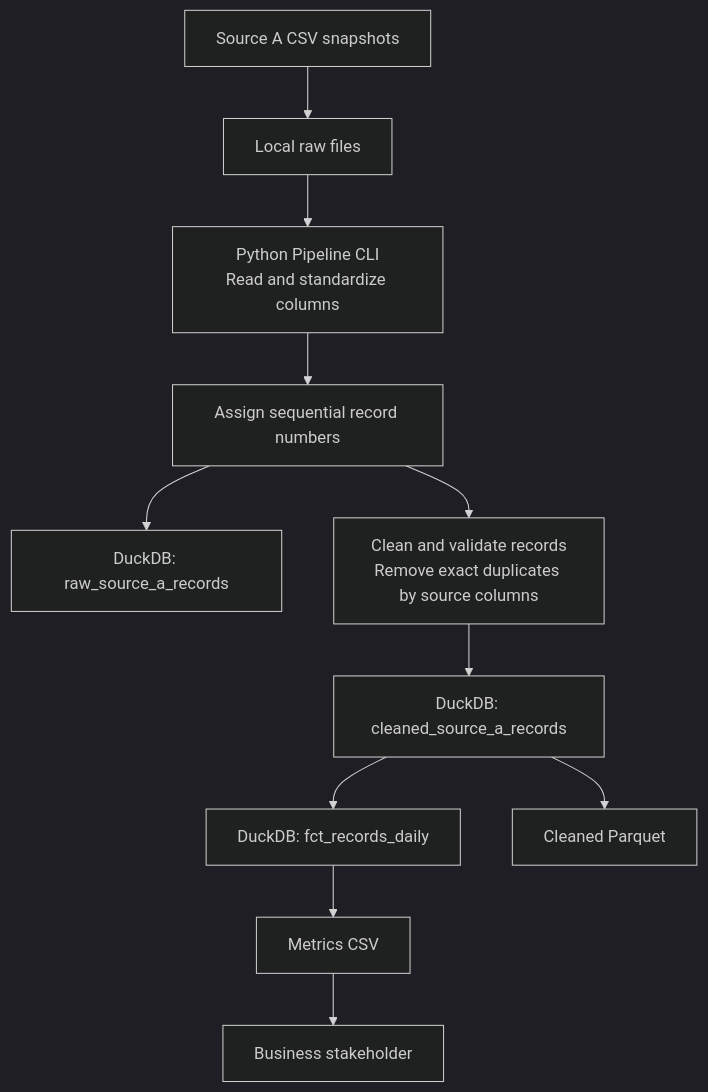
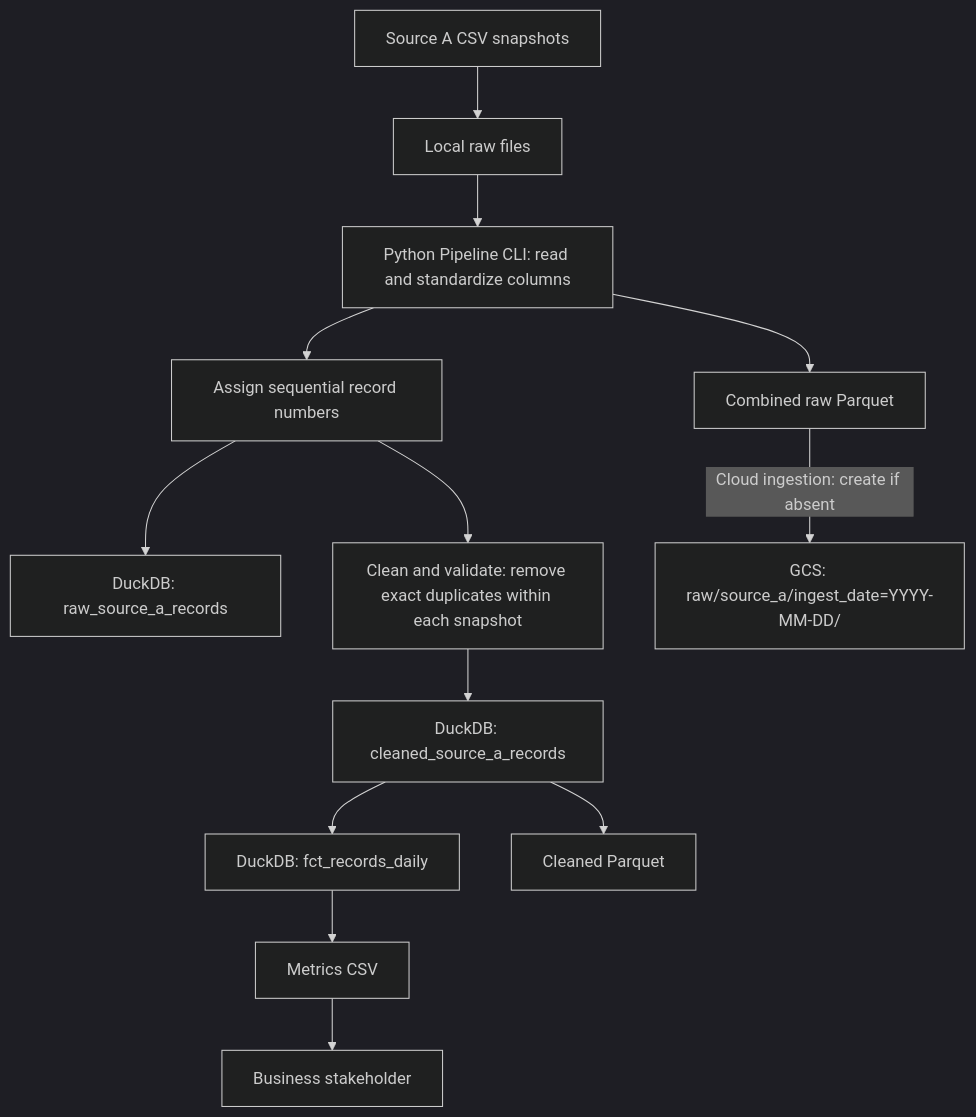
Before and after one commit to atheerhamdan9/saudi_foreign_aid_pipeline: the diagram in docs/architecture.md, drawn with Mermaid (dark theme). The commit also changed other lines of this file, not shown here.

Commit message:
docs: update architecture with GCS ingestion and idempotency

````diff
--- a/docs/architecture.md
+++ b/docs/architecture.md
@@ -7,25 +11,29 @@
 ```mermaid
 flowchart TD
     A["Source A CSV snapshots"]
     B["Local raw files"]
-    C["Python Pipeline CLI<br/>Read and standardize columns"]
+    C["Python Pipeline CLI: read and standardize columns"]
     D["Assign sequential record numbers"]
     E["DuckDB: raw_source_a_records"]
-    F["Clean and validate records<br/>Remove exact duplicates by source columns"]
+    F["Clean and validate: remove exact duplicates within each snapshot"]
     G["DuckDB: cleaned_source_a_records"]
     H["DuckDB: fct_records_daily"]
     I["Cleaned Parquet"]
     J["Metrics CSV"]
     K["Business stakeholder"]
+    L["Combined raw Parquet"]
+    M["GCS: raw/source_a/ingest_date=YYYY-MM-DD/"]
 
     A --> B
     B --> C
     C --> D
     D --> E
     D --> F
     F --> G
     G --> H
     G --> I
     H --> J
     J --> K
+    C --> L
+    L -->|"Cloud ingestion: create if absent"| M
 ```
````
